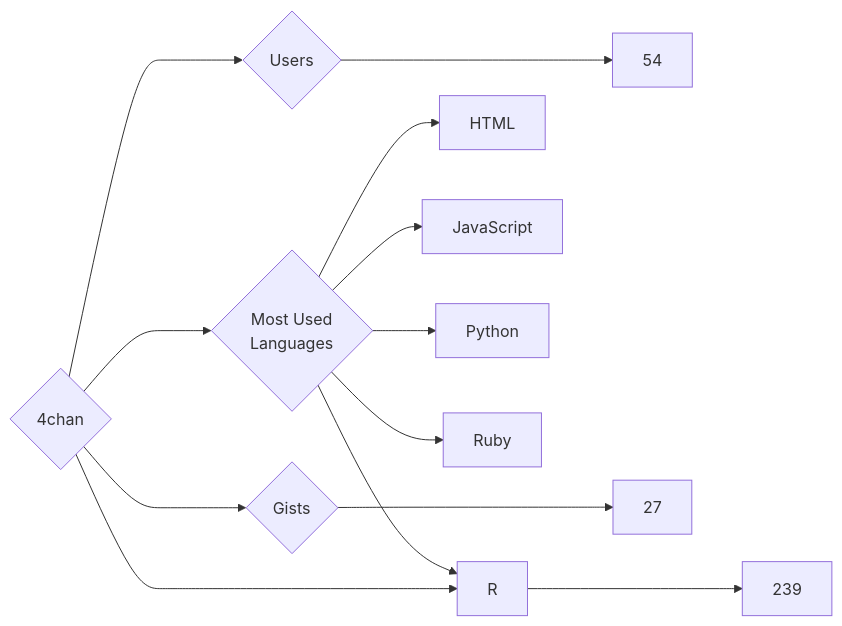
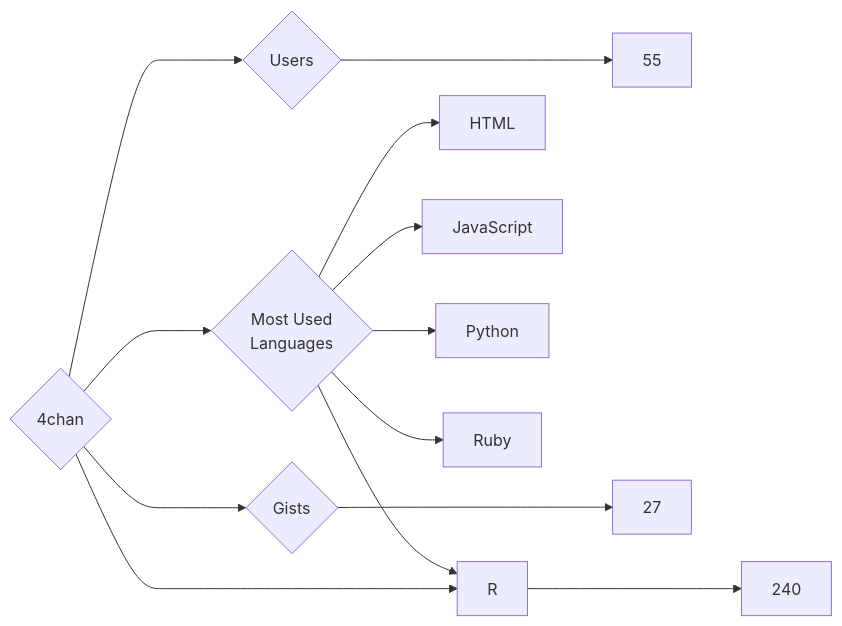
The diagram in targets/4chan/README.md (trickest/insiders), drawn with Mermaid before and after one commit. The commit also changed 934 other files, not shown here.

````diff
--- a/targets/4chan/README.md
+++ b/targets/4chan/README.md
@@ -3,13 +3,13 @@
 ```mermaid
 graph LR
 COMPANY_NAME{4chan}
-COMPANY_NAME ---> U{Users} ---> UN[54]
-COMPANY_NAME ---> R{Repositories} ---> RN[239]
+COMPANY_NAME ---> U{Users} ---> UN[55]
+COMPANY_NAME ---> R{Repositories} ---> RN[240]
 COMPANY_NAME ---> G{Gists} ---> GN[27]
 COMPANY_NAME ---> ML{Most Used<br>Languages}
 ML --> HTML[HTML]
 ML --> JavaScript[JavaScript]
 ML --> Python[Python]
 ML --> Ruby[Ruby]
 ML --> R[R]
 ```
````
